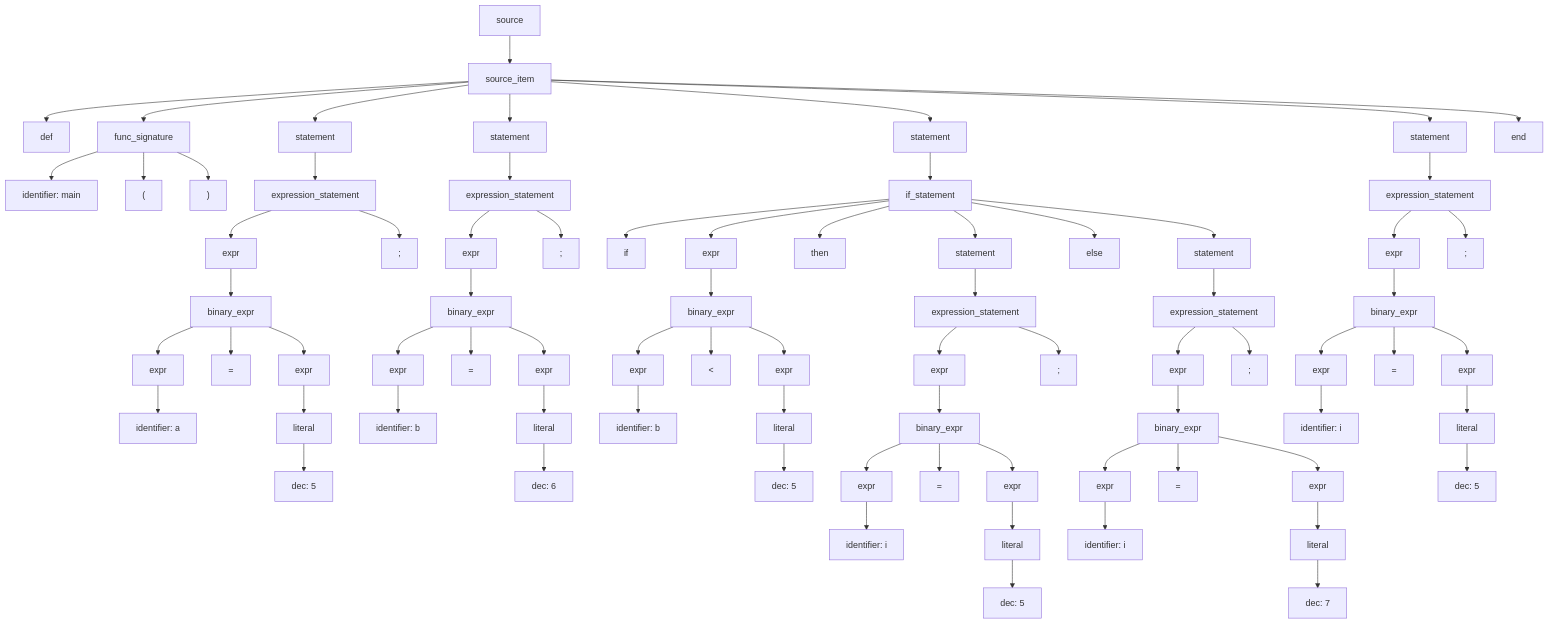
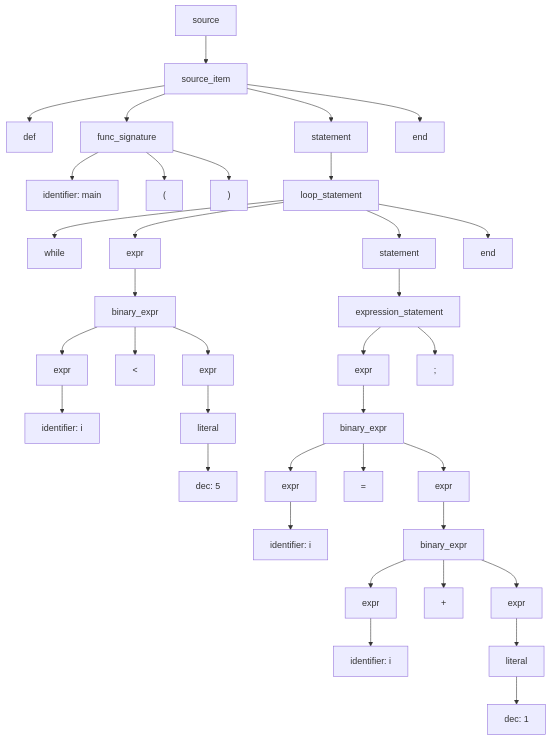
One commit to ErnandesDaniel/system-software-lab-2 changed the diagram in ast.mmd. Above: the diagram before and after it, drawn with Mermaid. The commit also changed 3 other files, not shown here.

```diff
--- a/ast.mmd
+++ b/ast.mmd
@@ -1,152 +1,72 @@
 graph TD;
 N0["source"]
 N1["source_item"]
 N0 --> N1
 N2["def"]
 N1 --> N2
 N3["func_signature"]
 N1 --> N3
 N4["identifier: main"]
 N3 --> N4
 N5["("]
 N3 --> N5
 N6[")"]
 N3 --> N6
 N7["statement"]
 N1 --> N7
-N8["expression_statement"]
+N8["loop_statement"]
 N7 --> N8
-N9["expr"]
+N9["while"]
 N8 --> N9
-N10["binary_expr"]
-N9 --> N10
-N11["expr"]
+N10["expr"]
+N8 --> N10
+N11["binary_expr"]
 N10 --> N11
-N12["identifier: a"]
+N12["expr"]
 N11 --> N12
-N13["="]
-N10 --> N13
-N14["expr"]
-N10 --> N14
-N15["literal"]
-N14 --> N15
-N16["dec: 5"]
+N13["identifier: i"]
+N12 --> N13
+N14["<"]
+N11 --> N14
+N15["expr"]
+N11 --> N15
+N16["literal"]
 N15 --> N16
-N17[";"]
-N8 --> N17
+N17["dec: 5"]
+N16 --> N17
 N18["statement"]
-N1 --> N18
+N8 --> N18
 N19["expression_statement"]
 N18 --> N19
 N20["expr"]
 N19 --> N20
 N21["binary_expr"]
 N20 --> N21
 N22["expr"]
 N21 --> N22
-N23["identifier: b"]
+N23["identifier: i"]
 N22 --> N23
 N24["="]
 N21 --> N24
 N25["expr"]
 N21 --> N25
-N26["literal"]
+N26["binary_expr"]
 N25 --> N26
-N27["dec: 6"]
+N27["expr"]
 N26 --> N27
-N28[";"]
-N19 --> N28
-N29["statement"]
-N1 --> N29
-N30["if_statement"]
-N29 --> N30
-N31["if"]
+N28["identifier: i"]
+N27 --> N28
+N29["+"]
+N26 --> N29
+N30["expr"]
+N26 --> N30
+N31["literal"]
 N30 --> N31
-N32["expr"]
-N30 --> N32
-N33["binary_expr"]
-N32 --> N33
-N34["expr"]
-N33 --> N34
-N35["identifier: b"]
-N34 --> N35
-N36["<"]
-N33 --> N36
-N37["expr"]
-N33 --> N37
-N38["literal"]
-N37 --> N38
-N39["dec: 5"]
-N38 --> N39
-N40["then"]
-N30 --> N40
-N41["statement"]
-N30 --> N41
-N42["expression_statement"]
-N41 --> N42
-N43["expr"]
-N42 --> N43
-N44["binary_expr"]
-N43 --> N44
-N45["expr"]
-N44 --> N45
-N46["identifier: i"]
-N45 --> N46
-N47["="]
-N44 --> N47
-N48["expr"]
-N44 --> N48
-N49["literal"]
-N48 --> N49
-N50["dec: 5"]
-N49 --> N50
-N51[";"]
-N42 --> N51
-N52["else"]
-N30 --> N52
-N53["statement"]
-N30 --> N53
-N54["expression_statement"]
-N53 --> N54
-N55["expr"]
-N54 --> N55
-N56["binary_expr"]
-N55 --> N56
-N57["expr"]
-N56 --> N57
-N58["identifier: i"]
-N57 --> N58
-N59["="]
-N56 --> N59
-N60["expr"]
-N56 --> N60
-N61["literal"]
-N60 --> N61
-N62["dec: 7"]
-N61 --> N62
-N63[";"]
-N54 --> N63
-N64["statement"]
-N1 --> N64
-N65["expression_statement"]
-N64 --> N65
-N66["expr"]
-N65 --> N66
-N67["binary_expr"]
-N66 --> N67
-N68["expr"]
-N67 --> N68
-N69["identifier: i"]
-N68 --> N69
-N70["="]
-N67 --> N70
-N71["expr"]
-N67 --> N71
-N72["literal"]
-N71 --> N72
-N73["dec: 5"]
-N72 --> N73
-N74[";"]
-N65 --> N74
-N75["end"]
-N1 --> N75
+N32["dec: 1"]
+N31 --> N32
+N33[";"]
+N19 --> N33
+N34["end"]
+N8 --> N34
+N35["end"]
+N1 --> N35
```
